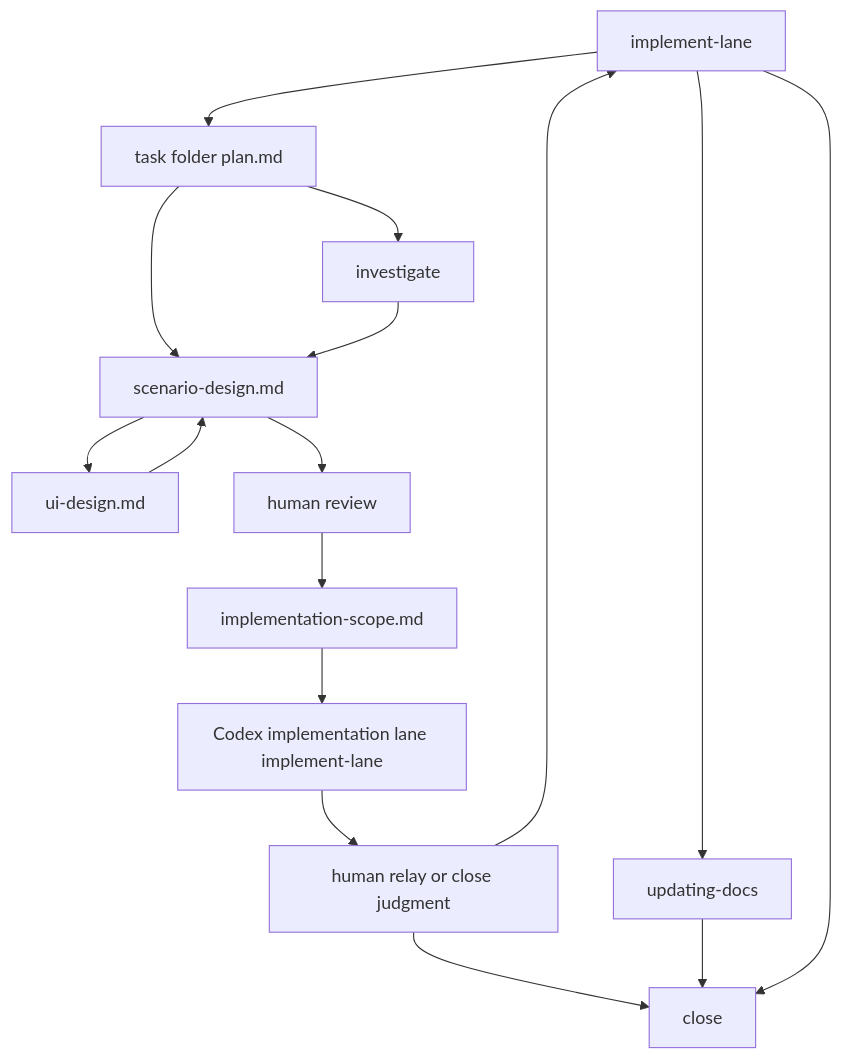
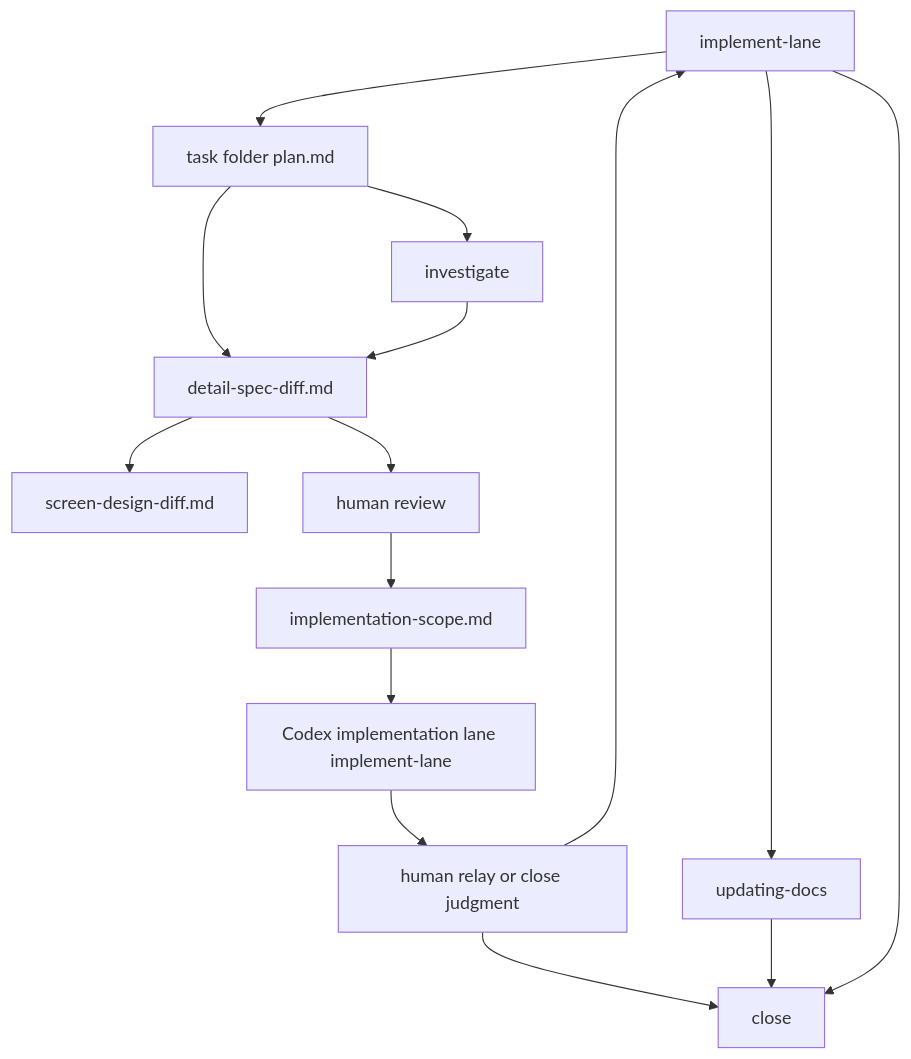
One commit to ishibata91/AITranslationEngineJP changed the diagram in .codex/workflow.md. Above: the diagram before and after it, drawn with Mermaid. The commit also changed 101 other files, not shown here.

Commit message:
Refine detail spec docs and workflow rules

````diff
--- a/.codex/workflow.md
+++ b/.codex/workflow.md
@@ -9,28 +9,27 @@
 ```mermaid
 flowchart TD
     A[implement-lane]
     P[task folder plan.md]
     C[investigate]
-    U[ui-design.md]
-    S[scenario-design.md]
+    U[screen-design-diff.md]
+    S[detail-spec-diff.md]
     F[human review]
     G[implementation-scope.md]
     H[Codex implementation lane implement-lane]
     M[human relay or close judgment]
     I[updating-docs]
     J[close]
 
     A --> P
     P --> S
     P --> C --> S
     S --> U
-    U --> S
     S --> F
     F --> G
     G --> H
     H --> M
     M --> A
     M --> J
     A --> I --> J
     A --> J
 ```
````
